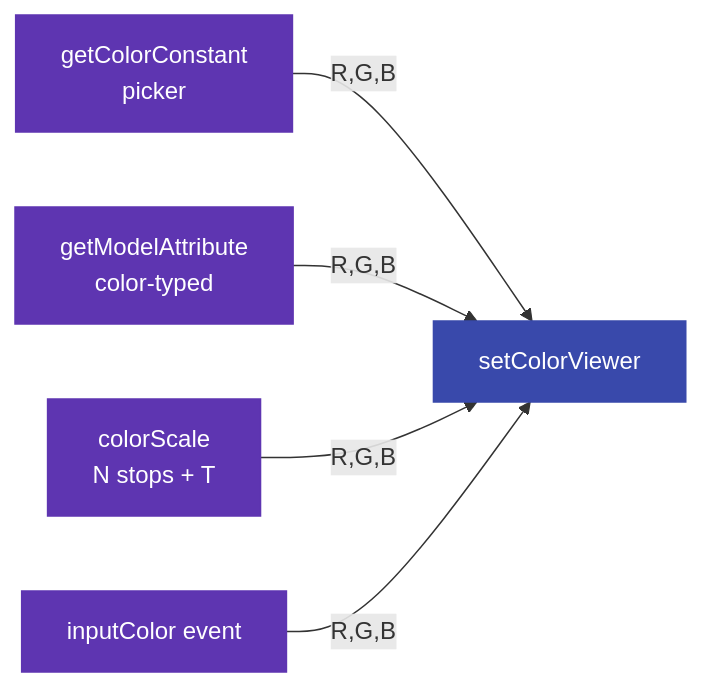
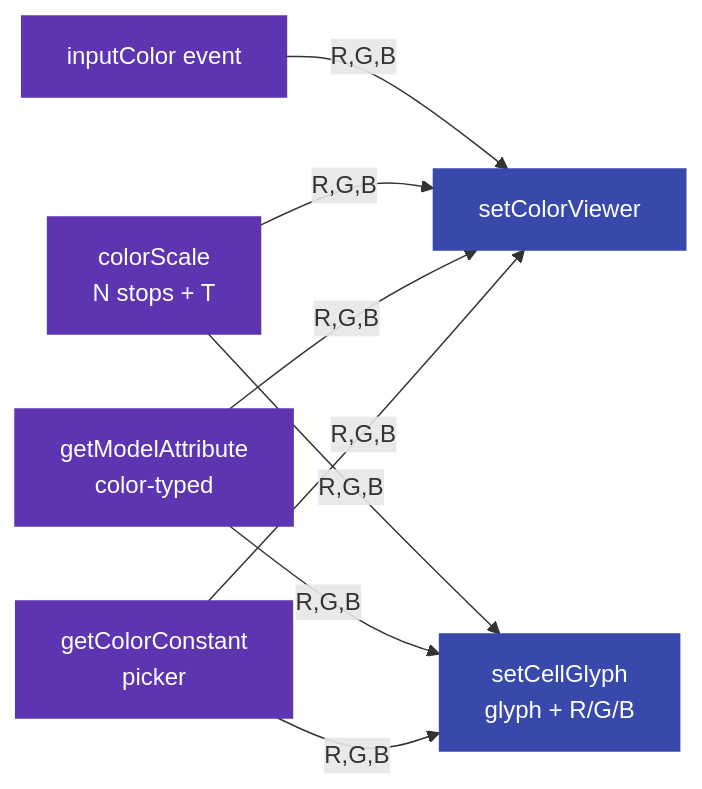
The third of 4 diagrams in docs/NODES_REFERENCE.md (rff255/GenesisCA), drawn with Mermaid before and after one commit. The commit also changed other lines of this file and 20 other files, not shown here.

First line of the commit message:
Add Set Cell Glyph node — per-cell Unicode overlay across JS/WASM/WebGPU

````diff
--- a/docs/NODES_REFERENCE.md
+++ b/docs/NODES_REFERENCE.md
@@ -281,12 +282,16 @@
 ```mermaid
 graph LR
   classDef prod fill:#5e35b1,stroke:#5e35b1,color:#fff
   classDef cons fill:#3949ab,stroke:#3949ab,color:#fff
 
   A[getColorConstant<br/>picker]:::prod -- R,G,B --> C
   B[getModelAttribute<br/>color-typed]:::prod -- R,G,B --> C
   D[colorScale<br/>N stops + T]:::prod -- R,G,B --> C
   E[inputColor event]:::prod -- R,G,B --> C
 
   C[setColorViewer]:::cons
+  F[setCellGlyph<br/>glyph + R/G/B]:::cons
+  A -- R,G,B --> F
+  B -- R,G,B --> F
+  D -- R,G,B --> F
 ```
````
